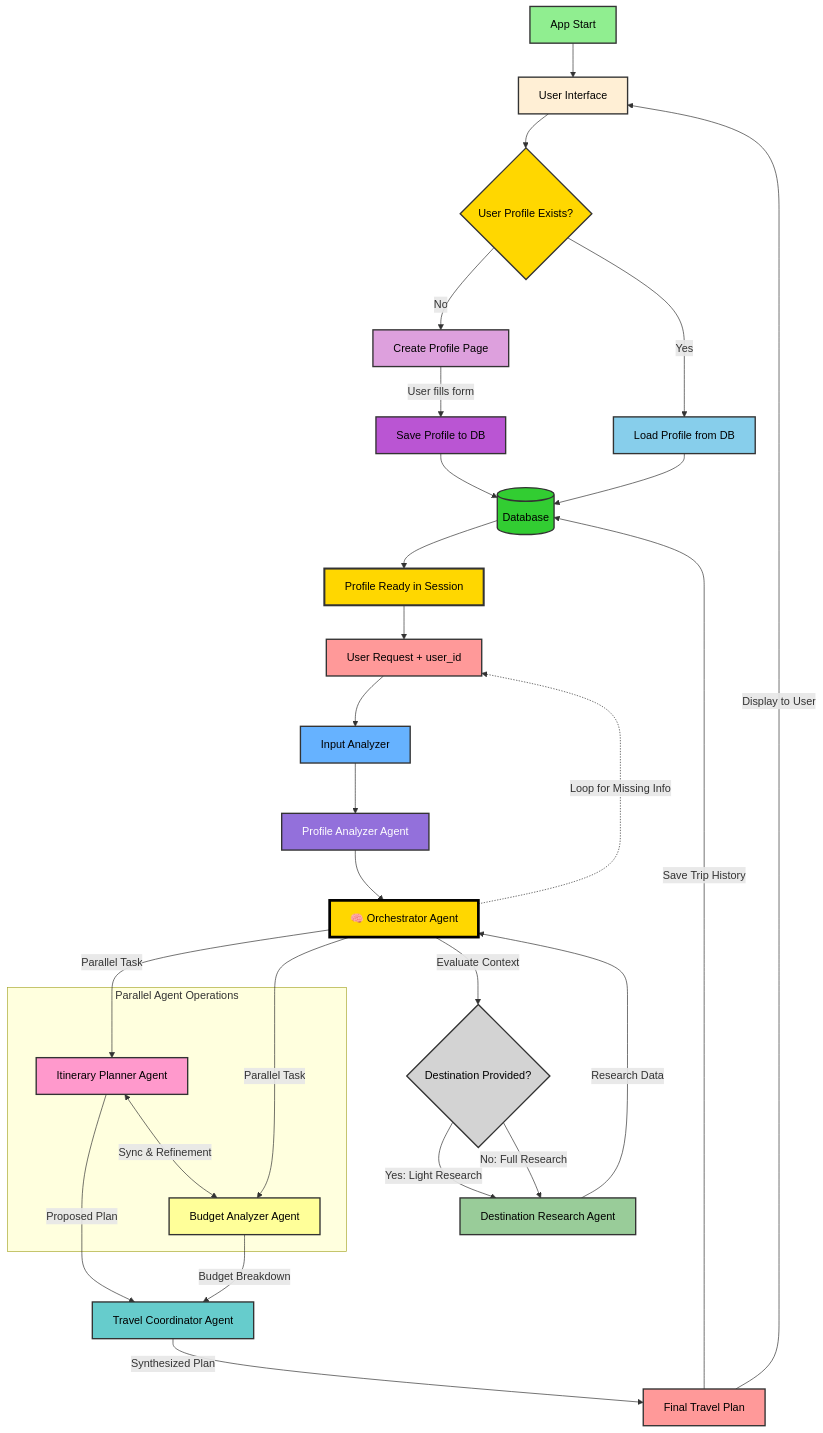
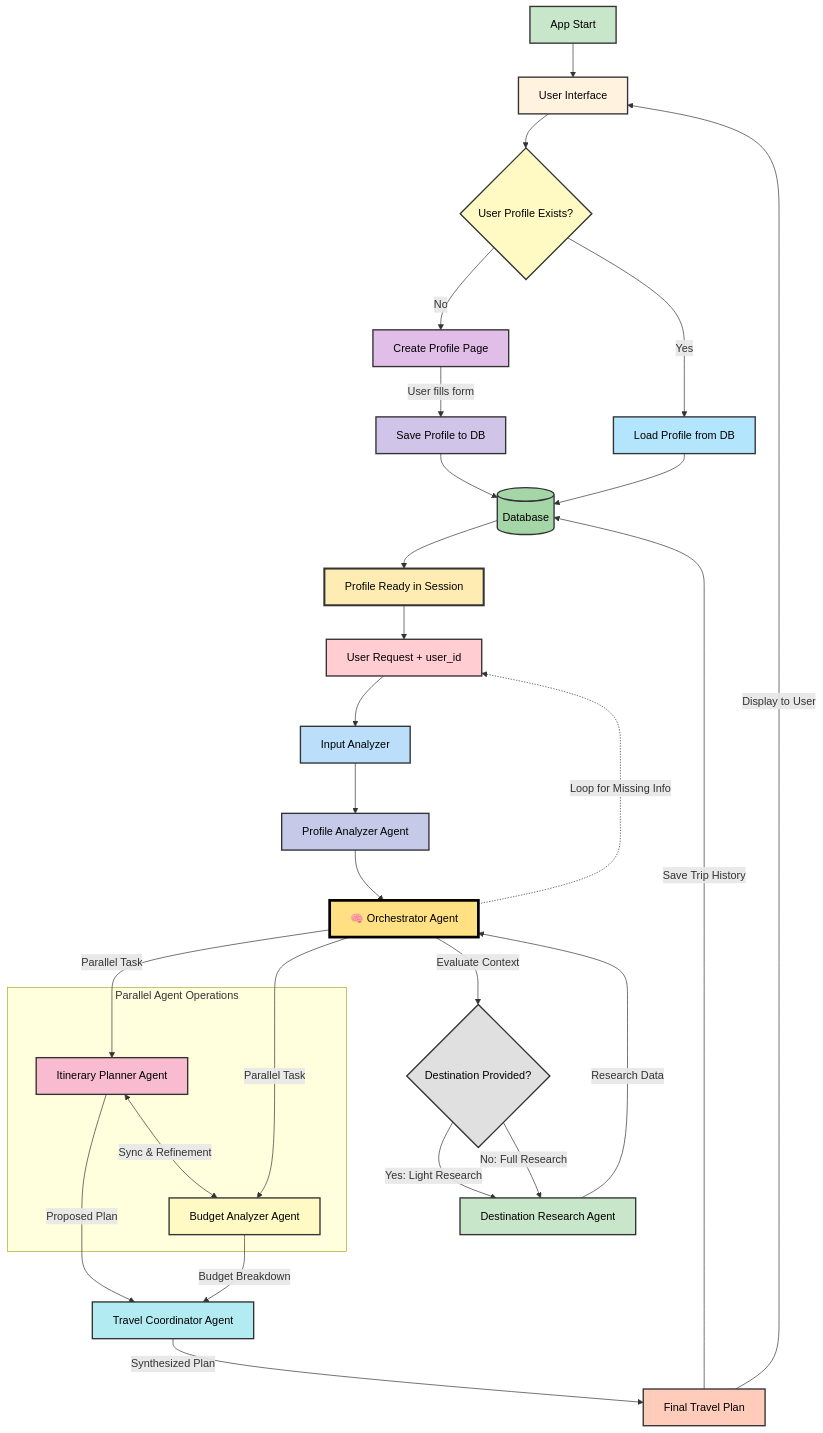
Before and after one commit to NeerajMehta15/globegenie-smart-travel-agentic-ai: the second of 2 diagrams in Readme.md, drawn with Mermaid.

````diff
--- a/Readme.md
+++ b/Readme.md
@@ -224,65 +224,64 @@
 ```mermaid
 graph TD
     START[App Start] --> UI[User Interface]
     UI --> CHECKPROFILE{User Profile Exists?}
     
     CHECKPROFILE -->|No| CREATEPROFILE[Create Profile Page]
     CREATEPROFILE -->|User fills form| SAVEPROFILE[Save Profile to DB]
     SAVEPROFILE --> DB[(Database)]
     
     CHECKPROFILE -->|Yes| LOADPROFILE[Load Profile from DB]
     LOADPROFILE --> DB
     
     DB --> PROFILEREADY[Profile Ready in Session]
     
     PROFILEREADY --> REQUEST[User Request + user_id]
     REQUEST --> INPUT[Input Analyzer]
     INPUT --> PROFILEAGENT[Profile Analyzer Agent]
     PROFILEAGENT --> ORCH[🧠 Orchestrator Agent]
     
     ORCH -->|Evaluate Context| DEC{Destination Provided?}
     DEC -->|Yes: Light Research| RESEARCH[Destination Research Agent]
     DEC -->|No: Full Research| RESEARCH
     RESEARCH -->|Research Data| ORCH
 
     ITINERARY <-->|Sync & Refinement| BUDGET
     
     ORCH -->|Parallel Task| ITINERARY[Itinerary Planner Agent]
     ORCH -->|Parallel Task| BUDGET[Budget Analyzer Agent]
     
-    
-    
     ITINERARY -->|Proposed Plan| TRAVEL[Travel Coordinator Agent]
     BUDGET -->|Budget Breakdown| TRAVEL
     TRAVEL -->|Synthesized Plan| PLAN[Final Travel Plan]
     
     PLAN -->|Save Trip History| DB
     PLAN -->|Display to User| UI
     
     ORCH -.->|Loop for Missing Info| REQUEST
     
     subgraph "Parallel Agent Operations"
         ITINERARY
         BUDGET
     end
 
-    %% --- Styles ---
-    style START fill:#90EE90,stroke:#333333,stroke-width:2px,color:#000000
-    style UI fill:#FFEFD5,stroke:#333333,stroke-width:2px,color:#000000
-    style CHECKPROFILE fill:#FFD700,stroke:#333333,stroke-width:2px,color:#000000
-    style CREATEPROFILE fill:#DDA0DD,stroke:#333333,stroke-width:2px,color:#000000
-    style SAVEPROFILE fill:#BA55D3,stroke:#333333,stroke-width:2px,color:#000000
-    style LOADPROFILE fill:#87CEEB,stroke:#333333,stroke-width:2px,color:#000000
-    style PROFILEREADY fill:#FFD700,stroke:#333333,stroke-width:3px,color:#000000
-    style REQUEST fill:#FF9999,stroke:#333333,stroke-width:2px,color:#000000
-    style INPUT fill:#66B2FF,stroke:#333333,stroke-width:2px,color:#000000
-    style PROFILEAGENT fill:#9370DB,stroke:#333333,stroke-width:2px,color:#FFFFFF
-    style ORCH fill:#FFD700,stroke:#000000,stroke-width:4px,color:#000000
-    style DEC fill:#D3D3D3,stroke:#333333,stroke-width:2px,color:#000000
-    style RESEARCH fill:#99CC99,stroke:#333333,stroke-width:2px,color:#000000
-    style ITINERARY fill:#FF99CC,stroke:#333333,stroke-width:2px,color:#000000
-    style BUDGET fill:#FFFF99,stroke:#333333,stroke-width:2px,color:#000000
-    style TRAVEL fill:#66CCCC,stroke:#333333,stroke-width:2px,color:#000000
-    style PLAN fill:#FF9999,stroke:#333333,stroke-width:2px,color:#000000
-    style DB fill:#32CD32,stroke:#333333,stroke-width:2px,color:#000000
+    %% --- Pastel Styles ---
+    style START fill:#C8E6C9,stroke:#333333,stroke-width:2px,color:#000000
+    style UI fill:#FFF3E0,stroke:#333333,stroke-width:2px,color:#000000
+    style CHECKPROFILE fill:#FFF9C4,stroke:#333333,stroke-width:2px,color:#000000
+    style CREATEPROFILE fill:#E1BEE7,stroke:#333333,stroke-width:2px,color:#000000
+    style SAVEPROFILE fill:#D1C4E9,stroke:#333333,stroke-width:2px,color:#000000
+    style LOADPROFILE fill:#B3E5FC,stroke:#333333,stroke-width:2px,color:#000000
+    style PROFILEREADY fill:#FFECB3,stroke:#333333,stroke-width:3px,color:#000000
+    style REQUEST fill:#FFCDD2,stroke:#333333,stroke-width:2px,color:#000000
+    style INPUT fill:#BBDEFB,stroke:#333333,stroke-width:2px,color:#000000
+    style PROFILEAGENT fill:#C5CAE9,stroke:#333333,stroke-width:2px,color:#000000
+    style ORCH fill:#FFE082,stroke:#000000,stroke-width:4px,color:#000000
+    style DEC fill:#E0E0E0,stroke:#333333,stroke-width:2px,color:#000000
+    style RESEARCH fill:#C8E6C9,stroke:#333333,stroke-width:2px,color:#000000
+    style ITINERARY fill:#F8BBD0,stroke:#333333,stroke-width:2px,color:#000000
+    style BUDGET fill:#FFF9C4,stroke:#333333,stroke-width:2px,color:#000000
+    style TRAVEL fill:#B2EBF2,stroke:#333333,stroke-width:2px,color:#000000
+    style PLAN fill:#FFCCBC,stroke:#333333,stroke-width:2px,color:#000000
+    style DB fill:#A5D6A7,stroke:#333333,stroke-width:2px,color:#000000
+
 ```
````
